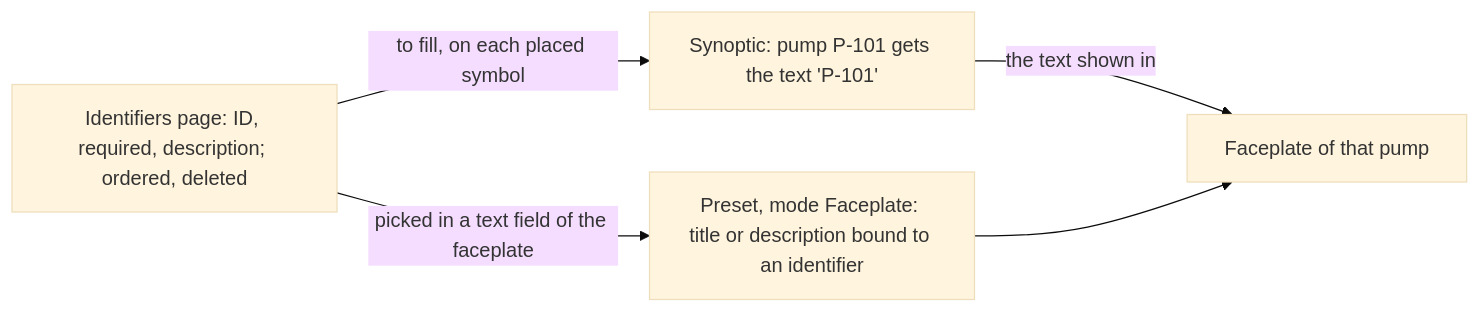
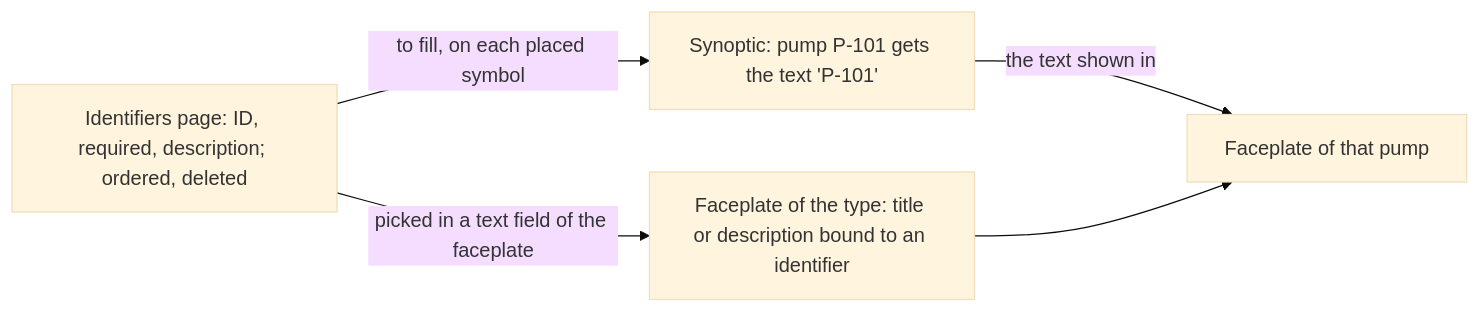
One commit to AlexandreGallais/synoptic-studio-spec changed diagram 44 of 50 in metadata/draft.md. Above: the diagram before and after it, drawn with Mermaid (base theme). The commit also changed other lines of this file and 65 other files, not shown here.

````diff
--- a/metadata/draft.md
+++ b/metadata/draft.md
@@ -1573,7 +1495,7 @@
 ```mermaid
 flowchart LR
-    P["Identifiers page: ID, required, description; ordered, deleted"] -->|"picked in a text field of the faceplate"| F["Preset, mode Faceplate: title or description bound to an identifier"]
+    P["Identifiers page: ID, required, description; ordered, deleted"] -->|"picked in a text field of the faceplate"| F["Faceplate of the type: title or description bound to an identifier"]
     P -->|"to fill, on each placed symbol"| S["Synoptic: pump P-101 gets the text 'P-101'"]
     S -->|"the text shown in"| F2["Faceplate of that pump"]
     F --> F2
 ```
````
